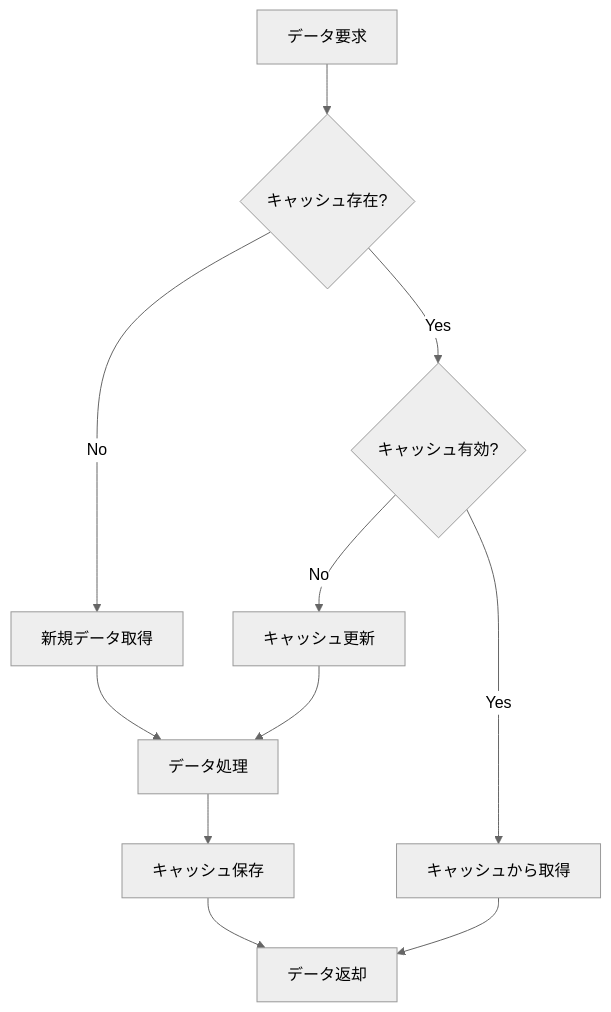
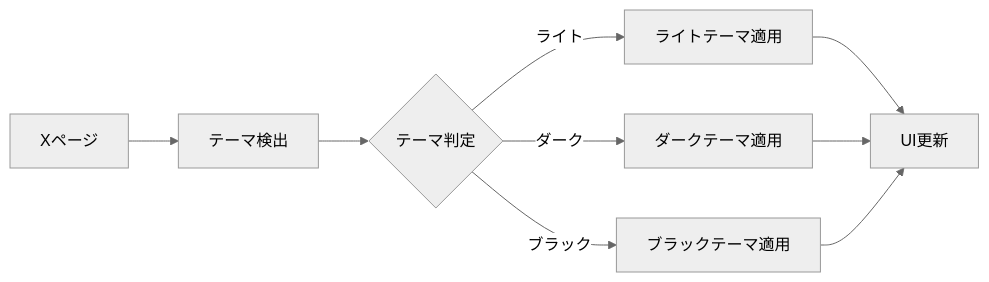
The ninth of 14 diagrams in docs/data-flow-diagram.md (Hutaba-Makura/Comiketter), drawn with Mermaid (neutral theme) before and after one commit. The commit also changed other lines of this file and 5 other files, not shown here.

Commit message:
feat: データフロー図とER図を更新し、全体のデータフローとデータベース設計を明確化しました。また、実装環境ドキュメントを整備し、プロジェクト構造を詳細に記述しました。

````diff
--- a/docs/data-flow-diagram.md
+++ b/docs/data-flow-diagram.md
@@ -204,15 +209,12 @@
 ```mermaid
-flowchart TD
-    A[データ要求] --> B{キャッシュ存在?}
-    B -->|Yes| C{キャッシュ有効?}
-    B -->|No| D[新規データ取得]
+graph LR
+    A[Xページ] --> B[テーマ検出]
+    B --> C{テーマ判定}
+    C -->|ライト| D[ライトテーマ適用]
+    C -->|ダーク| E[ダークテーマ適用]
+    C -->|ブラック| F[ブラックテーマ適用]
     
-    C -->|Yes| E[キャッシュから取得]
-    C -->|No| F[キャッシュ更新]
-    
-    D --> G[データ処理]
+    D --> G[UI更新]
+    E --> G
     F --> G
-    G --> H[キャッシュ保存]
-    H --> I[データ返却]
-    E --> I
 ```
````
